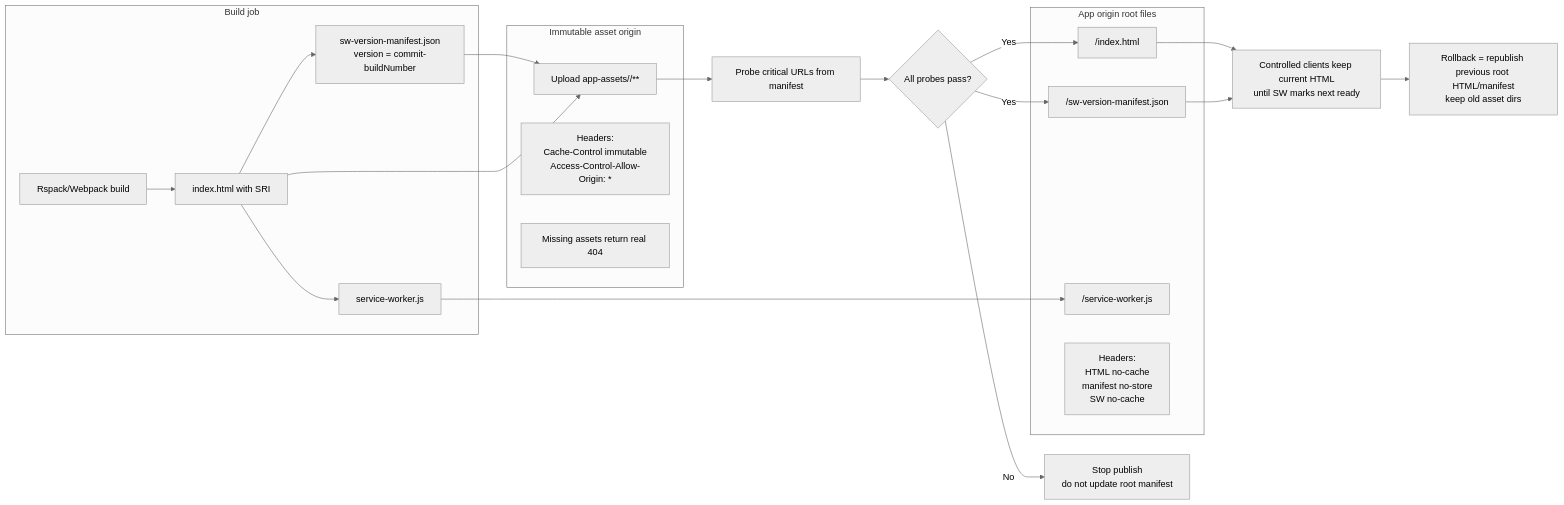
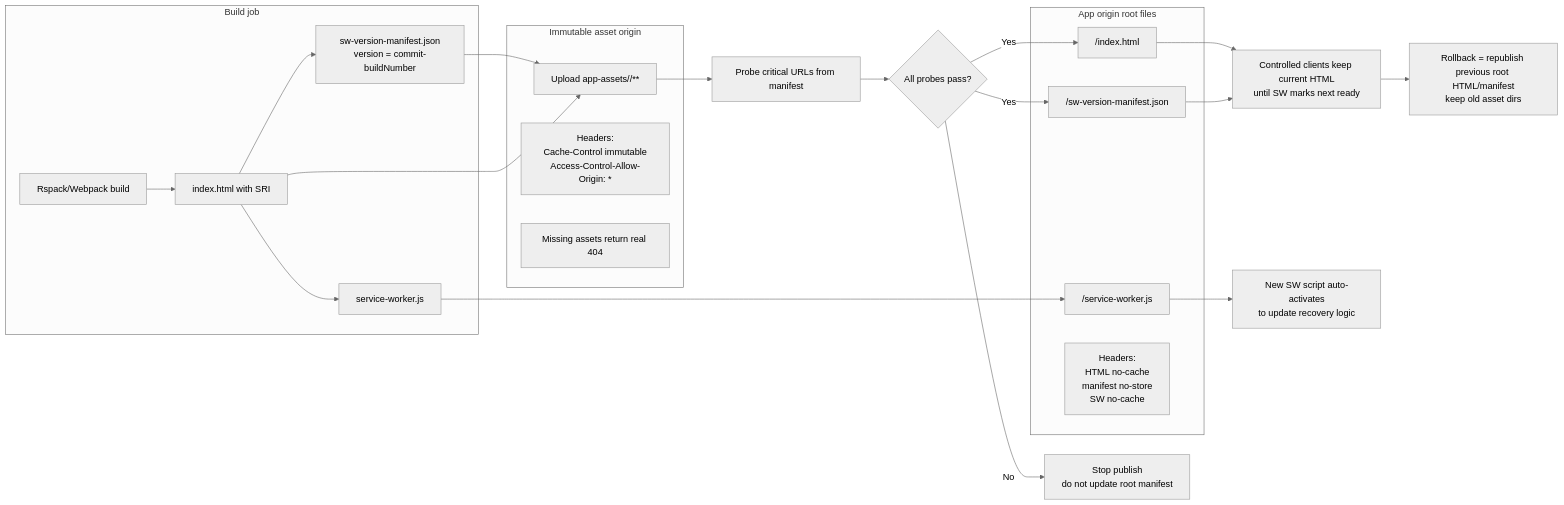
Before and after one commit to OneKeyHQ/app-monorepo: the fifth of 5 diagrams in docs/web-service-worker-version-preload.md, drawn with Mermaid (neutral theme). The commit also changed other lines of this file and 1 other file, not shown here.

Commit message:
fix: harden web service worker recovery

````diff
--- a/docs/web-service-worker-version-preload.md
+++ b/docs/web-service-worker-version-preload.md
@@ -155,33 +201,34 @@
 ```mermaid
 flowchart LR
   subgraph Build["Build job"]
     A["Rspack/Webpack build"] --> B["index.html with SRI"]
     B --> C["sw-version-manifest.json<br/>version = commit-buildNumber"]
     B --> D["service-worker.js"]
   end
 
   subgraph AssetCDN["Immutable asset origin"]
     E["Upload app-assets/<commit-buildNumber>/**"]
     F["Headers:<br/>Cache-Control immutable<br/>Access-Control-Allow-Origin: *"]
     G["Missing assets return real 404"]
   end
 
   subgraph AppOrigin["App origin root files"]
     H["/index.html"]
     I["/sw-version-manifest.json"]
     J["/service-worker.js"]
     K["Headers:<br/>HTML no-cache<br/>manifest no-store<br/>SW no-cache"]
   end
 
   C --> E
   B --> E
   E --> L["Probe critical URLs from manifest"]
   L --> M{"All probes pass?"}
   M -- "No" --> N["Stop publish<br/>do not update root manifest"]
   M -- "Yes" --> H
   M -- "Yes" --> I
   D --> J
   H --> O["Controlled clients keep current HTML<br/>until SW marks next ready"]
   I --> O
   O --> P["Rollback = republish previous root HTML/manifest<br/>keep old asset dirs"]
+  J --> Q["New SW script auto-activates<br/>to update recovery logic"]
 ```
````
